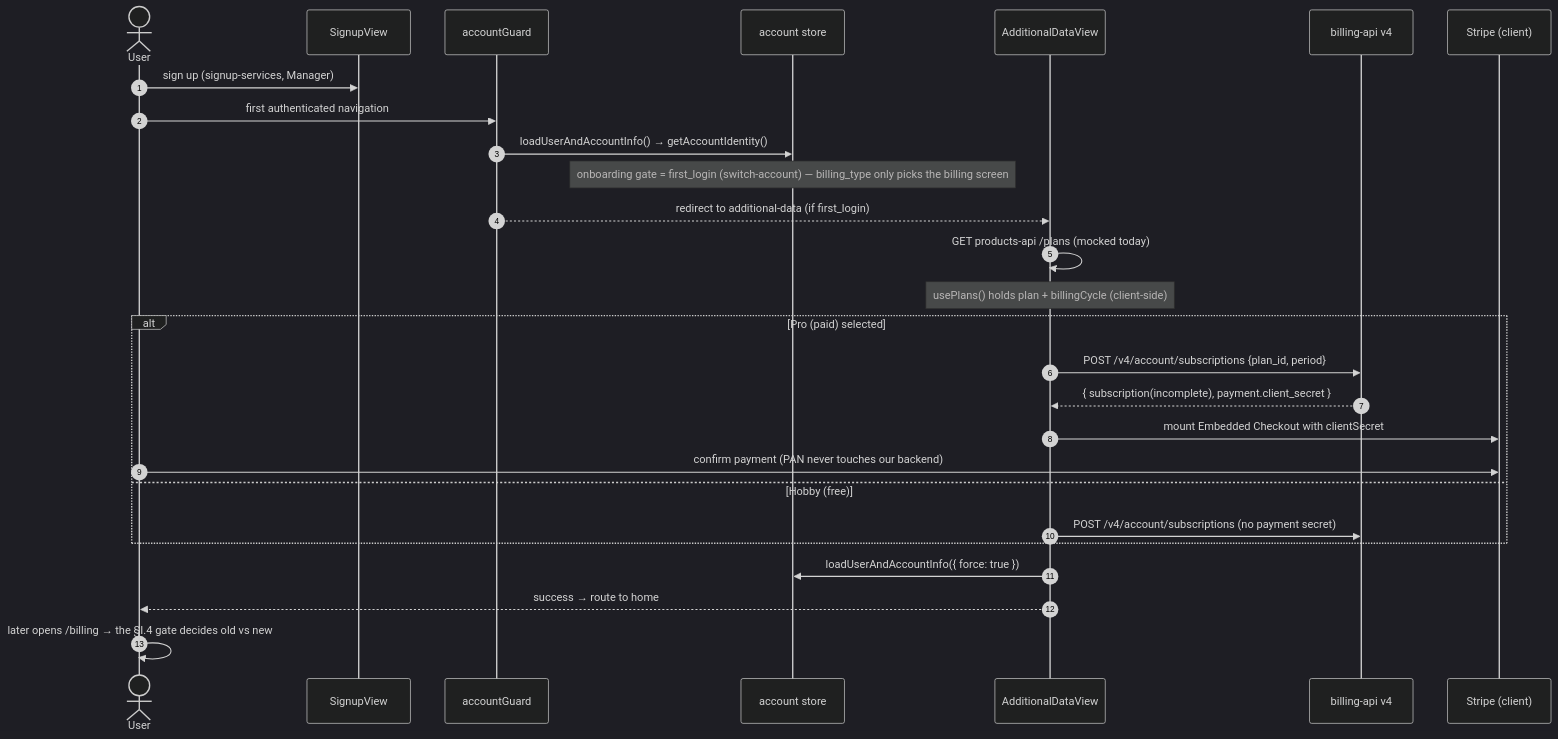
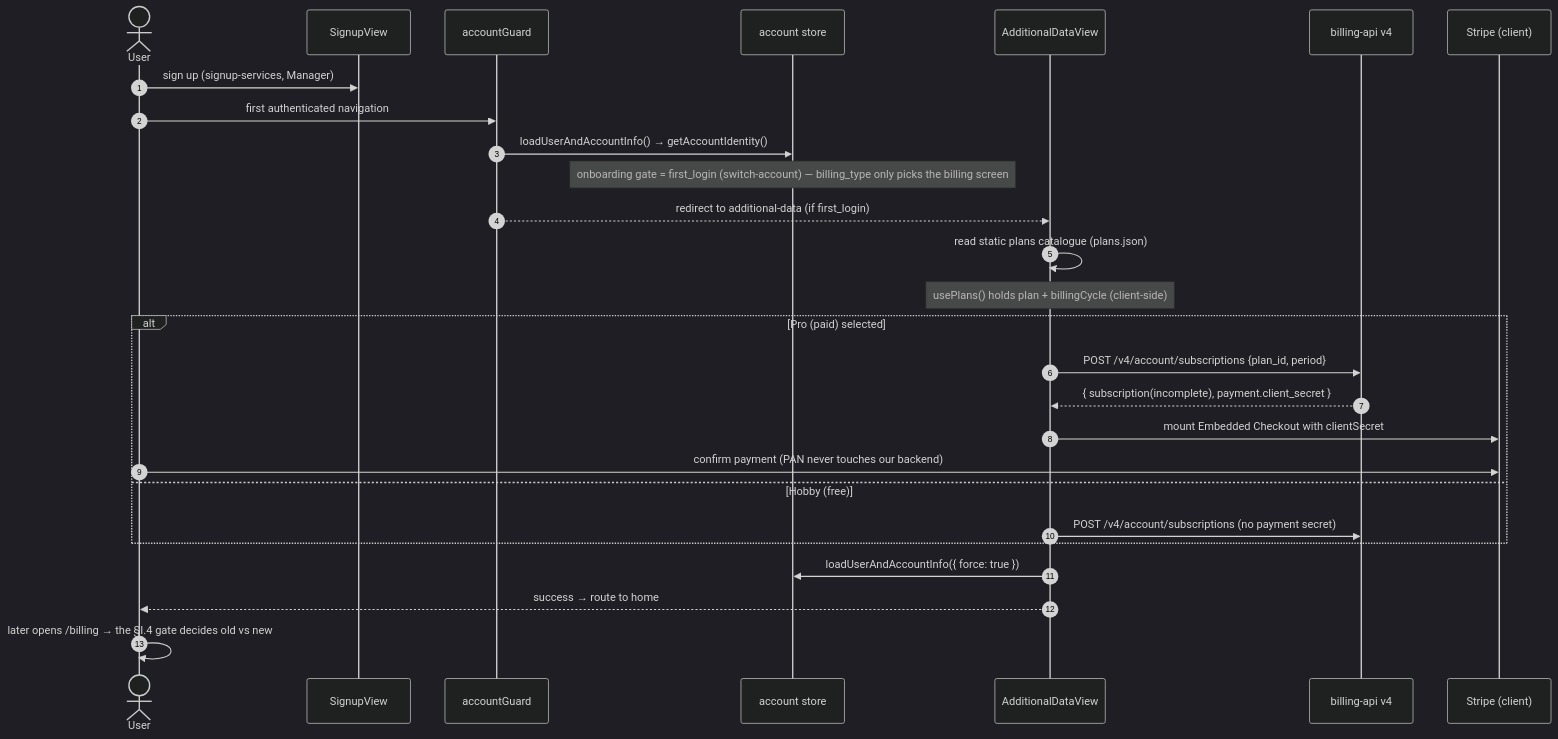
The diagram in docs/billing-spec.md (aziontech/azion-console-kit), drawn with Mermaid (dark theme) before and after one commit. The commit also changed other lines of this file and 12 other files, not shown here.

First line of the commit message:
fix: gate the card swap cancel and ship the plans catalogue as static data

````diff
--- a/docs/billing-spec.md
+++ b/docs/billing-spec.md
@@ -76,30 +76,30 @@
 ```mermaid
 sequenceDiagram
     autonumber
     actor U as User
     participant SV as SignupView
     participant G as accountGuard
     participant S as account store
     participant AD as AdditionalDataView
     participant BA as billing-api v4
     participant ST as Stripe (client)
 
     U->>SV: sign up (signup-services, Manager)
     U->>G: first authenticated navigation
     G->>S: loadUserAndAccountInfo() → getAccountIdentity()
     Note over S: onboarding gate = first_login (switch-account) — billing_type only picks the billing screen
     G-->>AD: redirect to additional-data (if first_login)
-    AD->>AD: GET products-api /plans (mocked today)
+    AD->>AD: read static plans catalogue (plans.json)
     Note over AD: usePlans() holds plan + billingCycle (client-side)
     alt Pro (paid) selected
         AD->>BA: POST /v4/account/subscriptions {plan_id, period}
         BA-->>AD: { subscription(incomplete), payment.client_secret }
         AD->>ST: mount Embedded Checkout with clientSecret
         U->>ST: confirm payment (PAN never touches our backend)
     else Hobby (free)
         AD->>BA: POST /v4/account/subscriptions (no payment secret)
     end
     AD->>S: loadUserAndAccountInfo({ force: true })
     AD-->>U: success → route to home
     U->>U: later opens /billing → the §I.4 gate decides old vs new
 ```
````
